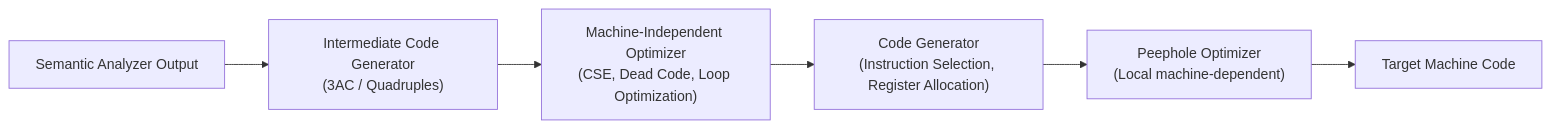
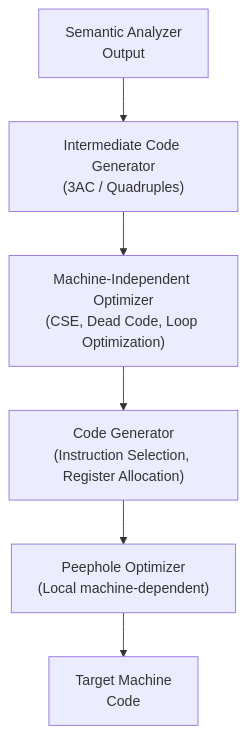
The ninth of 9 diagrams in 02-Semester-VI/CS-354-MJ-T-Compiler-Construction/Unit-5.md (amitdevx/TY), drawn with Mermaid before and after one commit. The commit also changed other lines of this file and 65 other files, not shown here.

Commit message:
fix:graph vertical

````diff
--- a/02-Semester-VI/CS-354-MJ-T-Compiler-Construction/Unit-5.md
+++ b/02-Semester-VI/CS-354-MJ-T-Compiler-Construction/Unit-5.md
@@ -650,8 +650,8 @@
 ```mermaid
-graph LR
-    A[Semantic Analyzer Output] --> B["Intermediate Code Generator<br/>(3AC / Quadruples)"]
+graph TD
+    A[Semantic Analyzer<br/>Output] --> B["Intermediate Code Generator<br/>(3AC / Quadruples)"]
     B --> C["Machine-Independent Optimizer<br/>(CSE, Dead Code, Loop Optimization)"]
     C --> D["Code Generator<br/>(Instruction Selection, Register Allocation)"]
     D --> E["Peephole Optimizer<br/>(Local machine-dependent)"]
-    E --> F[Target Machine Code]
+    E --> F[Target Machine<br/>Code]
 ```
````
